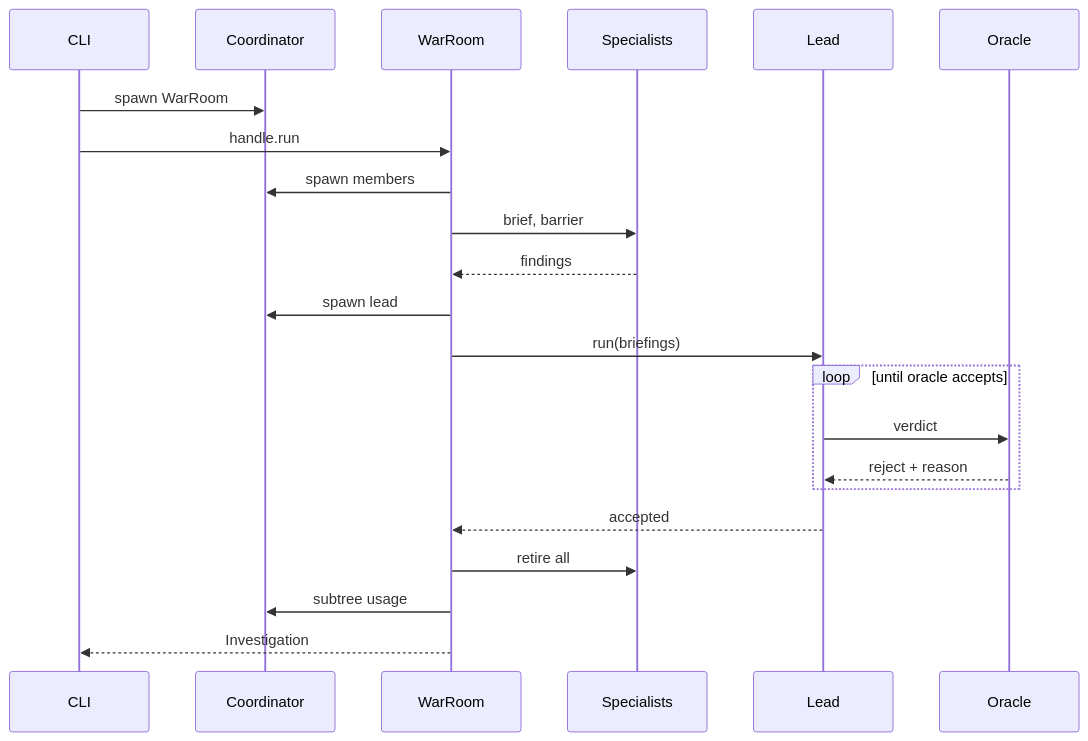
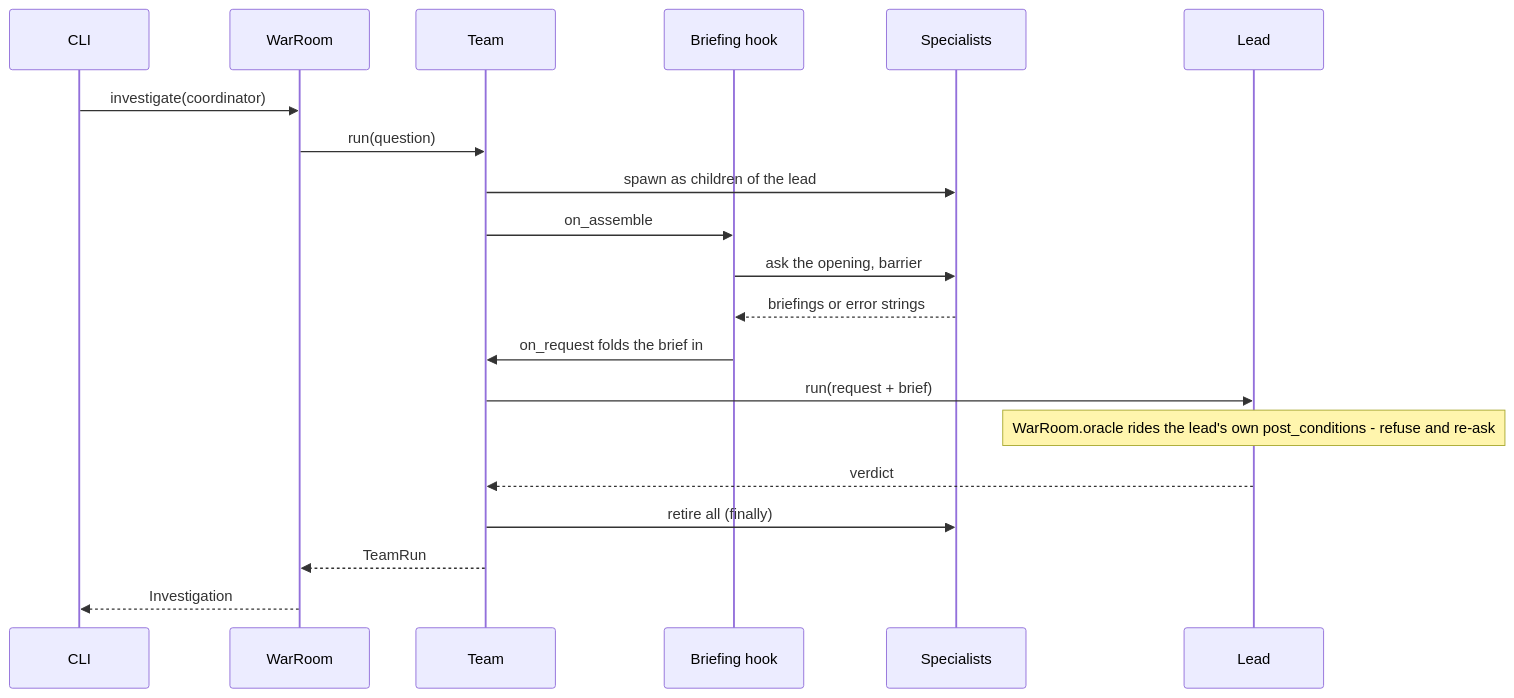
One commit to theagenticguy/pneuma changed the first of 3 diagrams in docs/diagrams/behavioral/sequences.md. Above: the diagram before and after it, drawn with Mermaid. The commit also changed other lines of this file and 18 other files, not shown here.

````diff
--- a/docs/diagrams/behavioral/sequences.md
+++ b/docs/diagrams/behavioral/sequences.md
@@ -7,25 +7,23 @@
 ```mermaid
 sequenceDiagram
     participant CLI
-    participant Coord as Coordinator
     participant Room as WarRoom
+    participant Team
+    participant Brief as Briefing hook
     participant Spec as Specialists
     participant Lead
-    participant Oracle
 
-    CLI->>Coord: spawn WarRoom
-    CLI->>Room: handle.run
-    Room->>Coord: spawn members
-    Room->>Spec: brief, barrier
-    Spec-->>Room: findings
-    Room->>Coord: spawn lead
-    Room->>Lead: run(briefings)
-    loop until oracle accepts
-        Lead->>Oracle: verdict
-        Oracle-->>Lead: reject + reason
-    end
-    Lead-->>Room: accepted
-    Room->>Spec: retire all
-    Room->>Coord: subtree usage
+    CLI->>Room: investigate(coordinator)
+    Room->>Team: run(question)
+    Team->>Spec: spawn as children of the lead
+    Team->>Brief: on_assemble
+    Brief->>Spec: ask the opening, barrier
+    Spec-->>Brief: briefings or error strings
+    Brief->>Team: on_request folds the brief in
+    Team->>Lead: run(request + brief)
+    Note over Lead: WarRoom.oracle rides the lead's own post_conditions - refuse and re-ask
+    Lead-->>Team: verdict
+    Team->>Spec: retire all (finally)
+    Team-->>Room: TeamRun
     Room-->>CLI: Investigation
 ```
````
